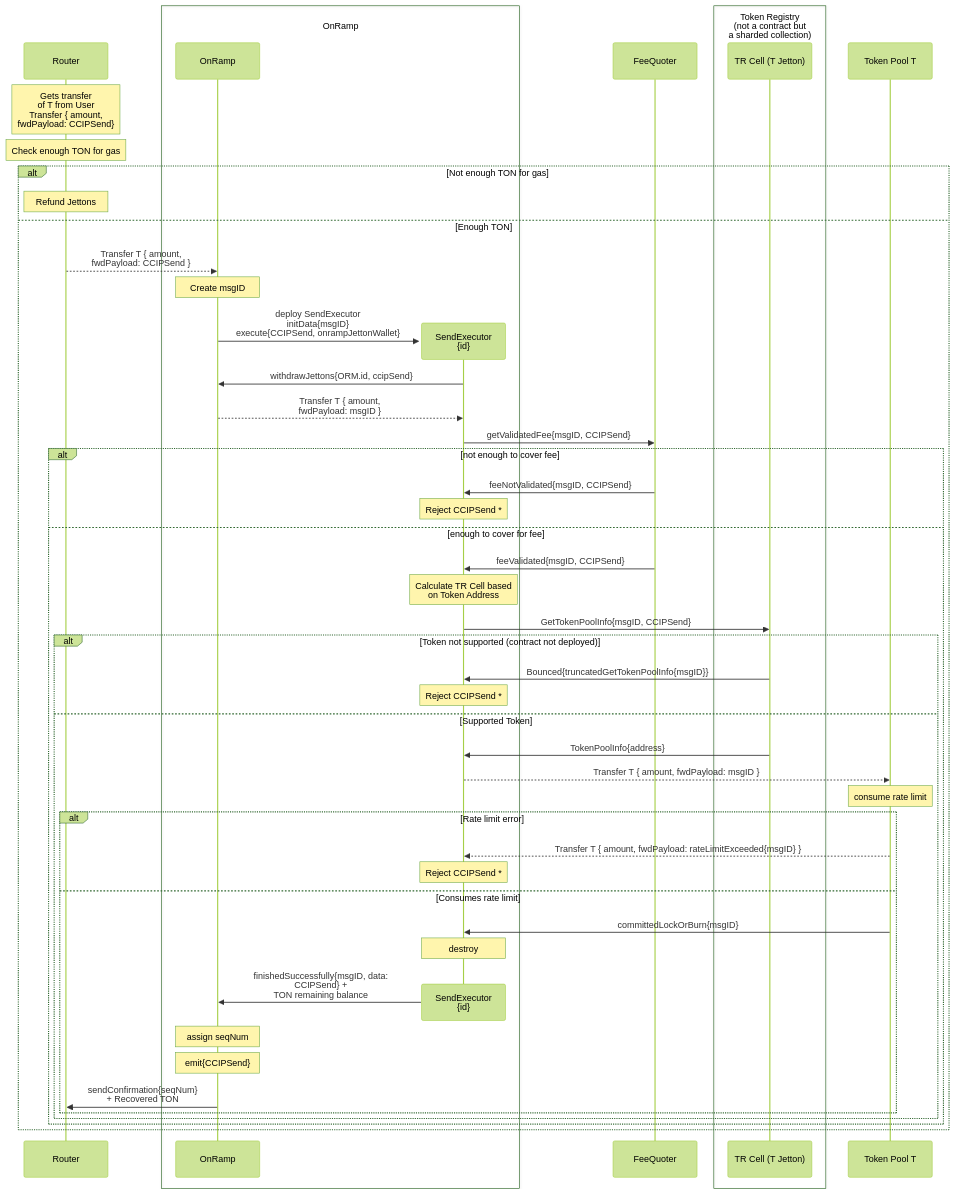
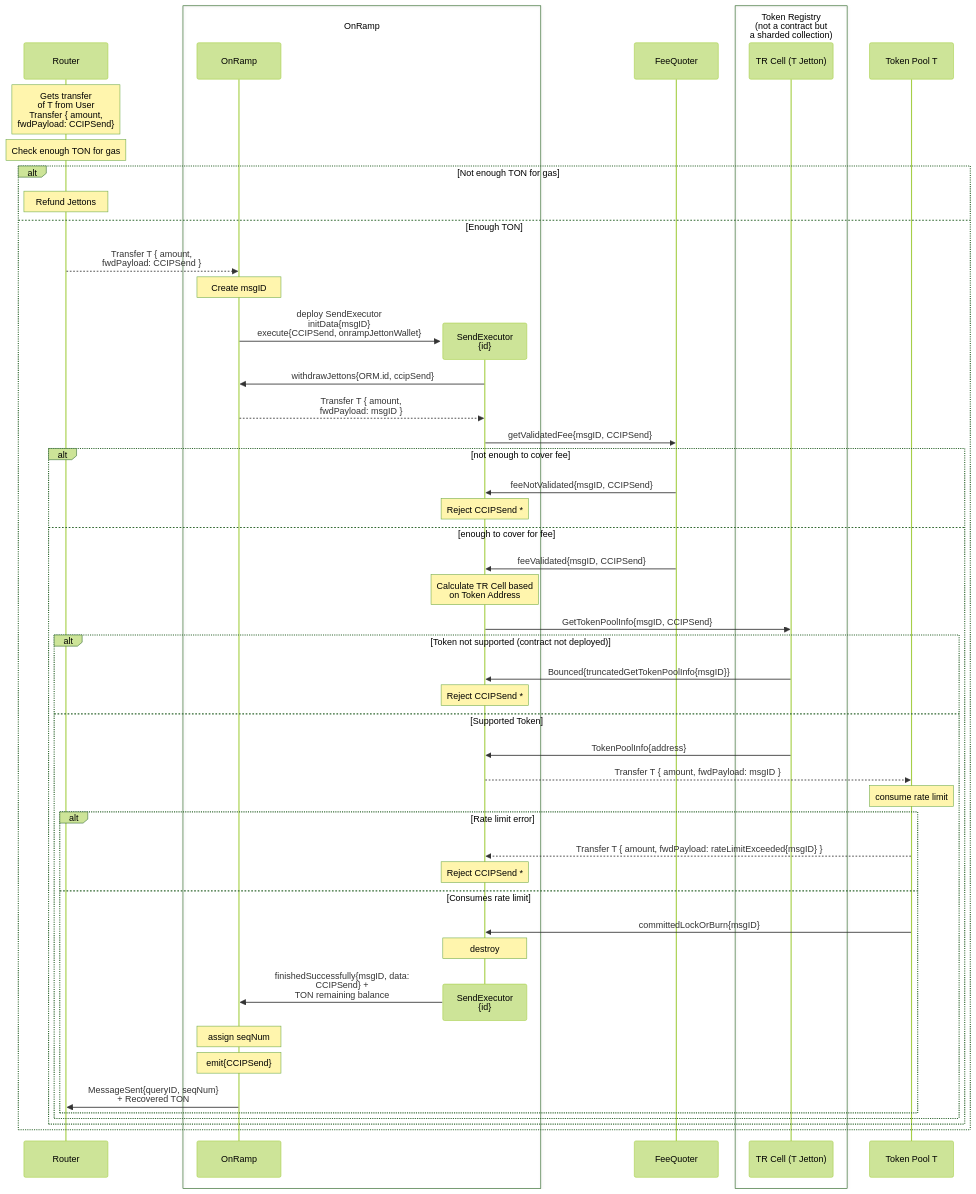
Before and after one commit to fork-the-planet/smartcontractkit___chainlink-ton: the first of 2 diagrams in docs/contracts/ccip/flow/onramp/token-transfer.md, drawn with Mermaid (forest theme). The commit also changed other lines of this file and 25 other files, not shown here.

````diff
--- a/docs/contracts/ccip/flow/onramp/token-transfer.md
+++ b/docs/contracts/ccip/flow/onramp/token-transfer.md
@@ -9,70 +9,70 @@
 ```mermaid
 sequenceDiagram
     participant R as Router
 
     Note over R: Gets transfer<br>of T from User<br>Transfer { amount,<br>fwdPayload: CCIPSend}
     Note over R: Check enough TON for gas 
     alt Not enough TON for gas
     Note over R: Refund Jettons
     else Enough TON
 
     R -->> OR: Transfer T { amount,<br>fwdPayload: CCIPSend }
     
     Note over OR: Create msgID
     create participant ORM
     OR ->> ORM: deploy SendExecutor <br>initData{msgID}<br>execute{CCIPSend, onrampJettonWallet}
     ORM ->> OR: withdrawJettons{ORM.id, ccipSend}
     OR -->> ORM: Transfer T { amount,<br>fwdPayload: msgID }
 
     box OnRamp
     participant OR as OnRamp
     participant ORM as SendExecutor<br>{id}
     end
 
     participant FQ as FeeQuoter
 
     box Token Registry<br>(not a contract but<br>a sharded collection)
     participant TRC as TR Cell (T Jetton)
     end
 
     participant TP as Token Pool T
 
     ORM ->> FQ: getValidatedFee{msgID, CCIPSend}
 
 
     alt not enough to cover fee
     FQ ->> ORM: feeNotValidated{msgID, CCIPSend}
     Note over ORM: Reject CCIPSend *
 
     else enough to cover for fee
     FQ ->> ORM: feeValidated{msgID, CCIPSend}
     Note over ORM: Calculate TR Cell based<br>on Token Address
 
     ORM ->> TRC: GetTokenPoolInfo{msgID, CCIPSend}
 
     alt Token not supported (contract not deployed)
     TRC ->> ORM: Bounced{truncatedGetTokenPoolInfo{msgID}}
     Note over ORM: Reject CCIPSend *
     else Supported Token
     TRC ->> ORM: TokenPoolInfo{address}
 
     ORM -->> TP: Transfer T { amount, fwdPayload: msgID }
     
     Note over TP: consume rate limit
     alt Rate limit error
     TP -->> ORM: Transfer T { amount, fwdPayload: rateLimitExceeded{msgID} }
     Note over ORM: Reject CCIPSend *
 
     else Consumes rate limit
     TP ->> ORM: committedLockOrBurn{msgID} 
     Note over ORM: destroy
     destroy ORM
     ORM ->> OR: finishedSuccessfully{msgID, data:<br>CCIPSend} +<br>TON remaining balance
     note over OR: assign seqNum
     note over OR: emit{CCIPSend}
-    OR ->> R: sendConfirmation{seqNum}<br>+ Recovered TON
+    OR ->> R: MessageSent{queryID, seqNum}<br>+ Recovered TON
     end
     end
     end
     end
 ```
````
